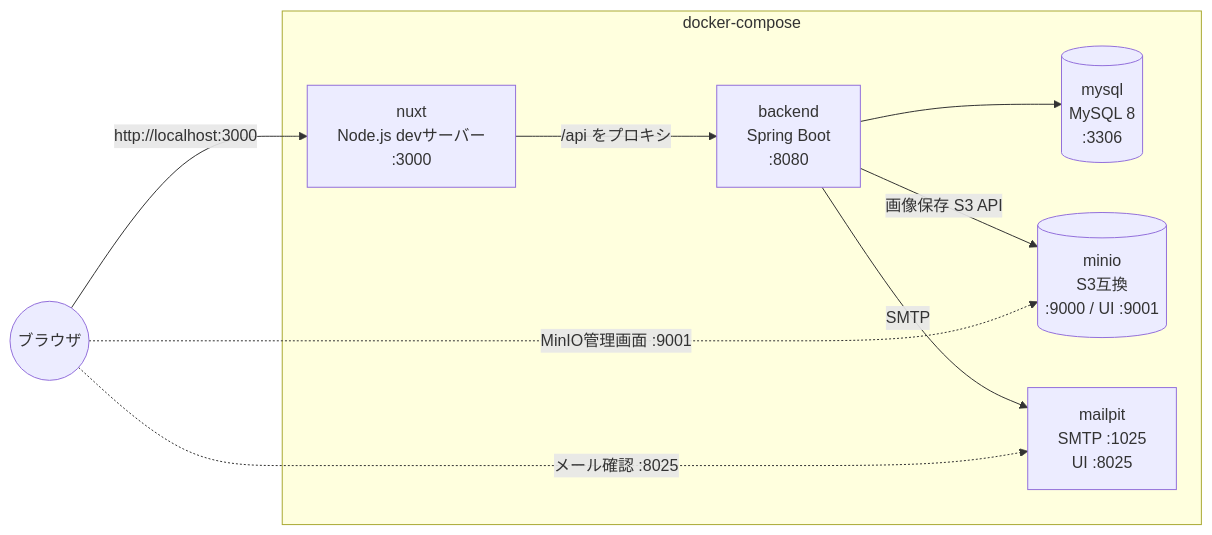
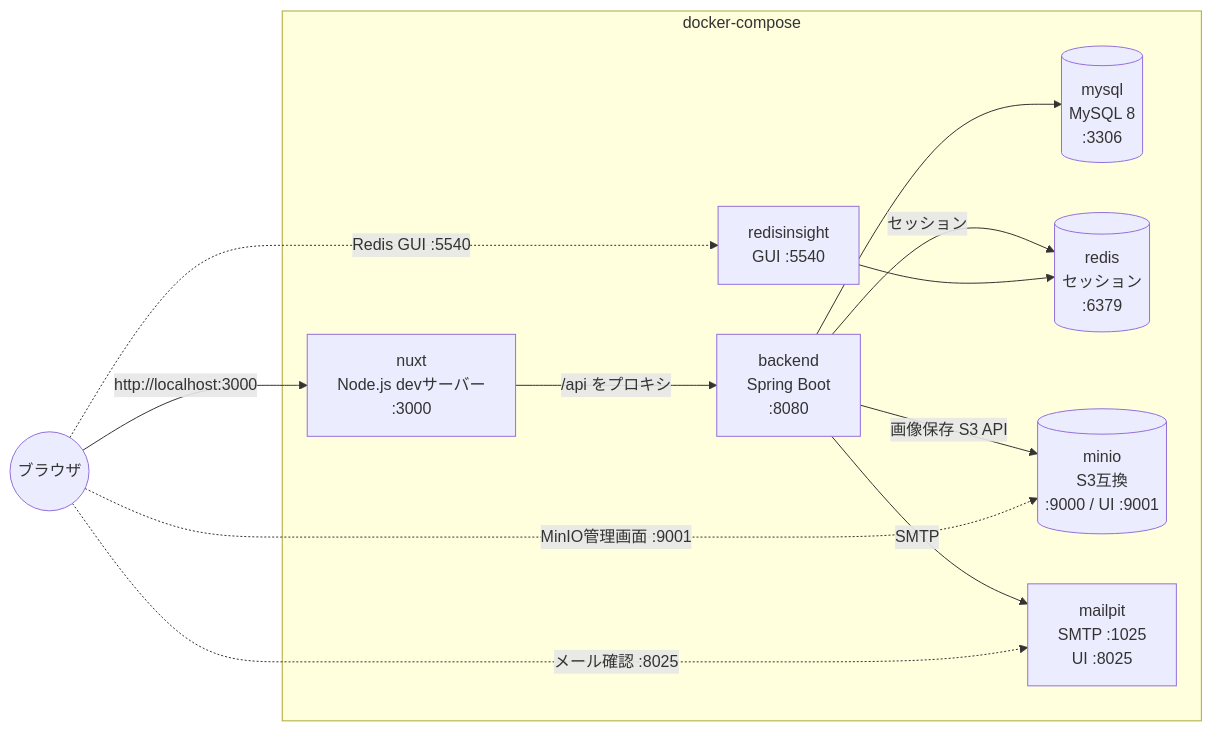
The diagram in docs/development/README.md (0000masa/nuxt-java-practice), drawn with Mermaid before and after one commit. The commit also changed other lines of this file and 2 other files, not shown here.

First line of the commit message:
docs: フェーズ18(Redis)を開発環境・インフラ・学習ノートに反映する

````diff
--- a/docs/development/README.md
+++ b/docs/development/README.md
@@ -7,20 +7,25 @@
 ```mermaid
 flowchart LR
     Browser((ブラウザ))
 
     subgraph compose[docker-compose]
         Nuxt[nuxt<br/>Node.js devサーバー<br/>:3000]
         App[backend<br/>Spring Boot<br/>:8080]
         DB[(mysql<br/>MySQL 8<br/>:3306)]
+        Redis[(redis<br/>セッション<br/>:6379)]
+        Insight[redisinsight<br/>GUI :5540]
         Minio[(minio<br/>S3互換<br/>:9000 / UI :9001)]
         Mail[mailpit<br/>SMTP :1025<br/>UI :8025]
     end
 
     Browser -->|http://localhost:3000| Nuxt
     Nuxt -->|/api をプロキシ| App
     App --> DB
+    App -->|セッション| Redis
     App -->|画像保存 S3 API| Minio
     App -->|SMTP| Mail
+    Insight --> Redis
+    Browser -.Redis GUI :5540.-> Insight
     Browser -.MinIO管理画面 :9001.-> Minio
     Browser -.メール確認 :8025.-> Mail
 ```
````
